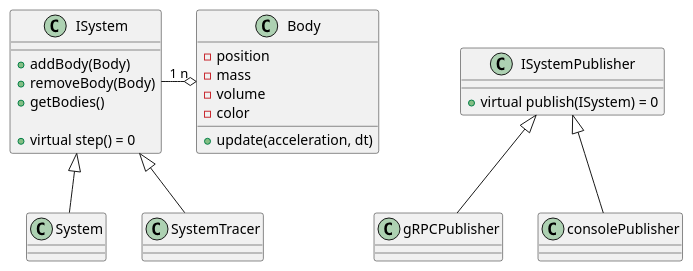
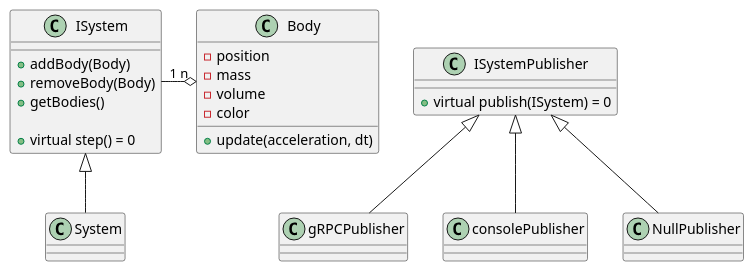
One commit to Marcus-Forte/n-body-simulator changed the diagram in doc/system.puml. Above: the diagram before and after it, drawn with PlantUML. The commit also changed 9 other files, not shown here.

```diff
--- a/doc/system.puml
+++ b/doc/system.puml
@@ -1,41 +1,40 @@
 @startuml nbodysystem
 
 Class ISystem {
     +addBody(Body)
     +removeBody(Body)
     +getBodies()
 
     + virtual step() = 0
 }
 
 class System { 
-}
-
-Class SystemTracer {
 }
 
 class Body {
     +update(acceleration, dt)
     -position
     -mass
     -volume
     -color
 }
 
 class ISystemPublisher {
     +virtual publish(ISystem) = 0
 }
 
 class gRPCPublisher {
 
 }
 
 class consolePublisher {}
 
+class NullPublisher {}
+
 ISystem <|-- System
-ISystem <|-- SystemTracer
 ISystem "1" -o "n" Body 
 
 ISystemPublisher <|-- gRPCPublisher
 ISystemPublisher <|-- consolePublisher
+ISystemPublisher <|-- NullPublisher
 @enduml
```
